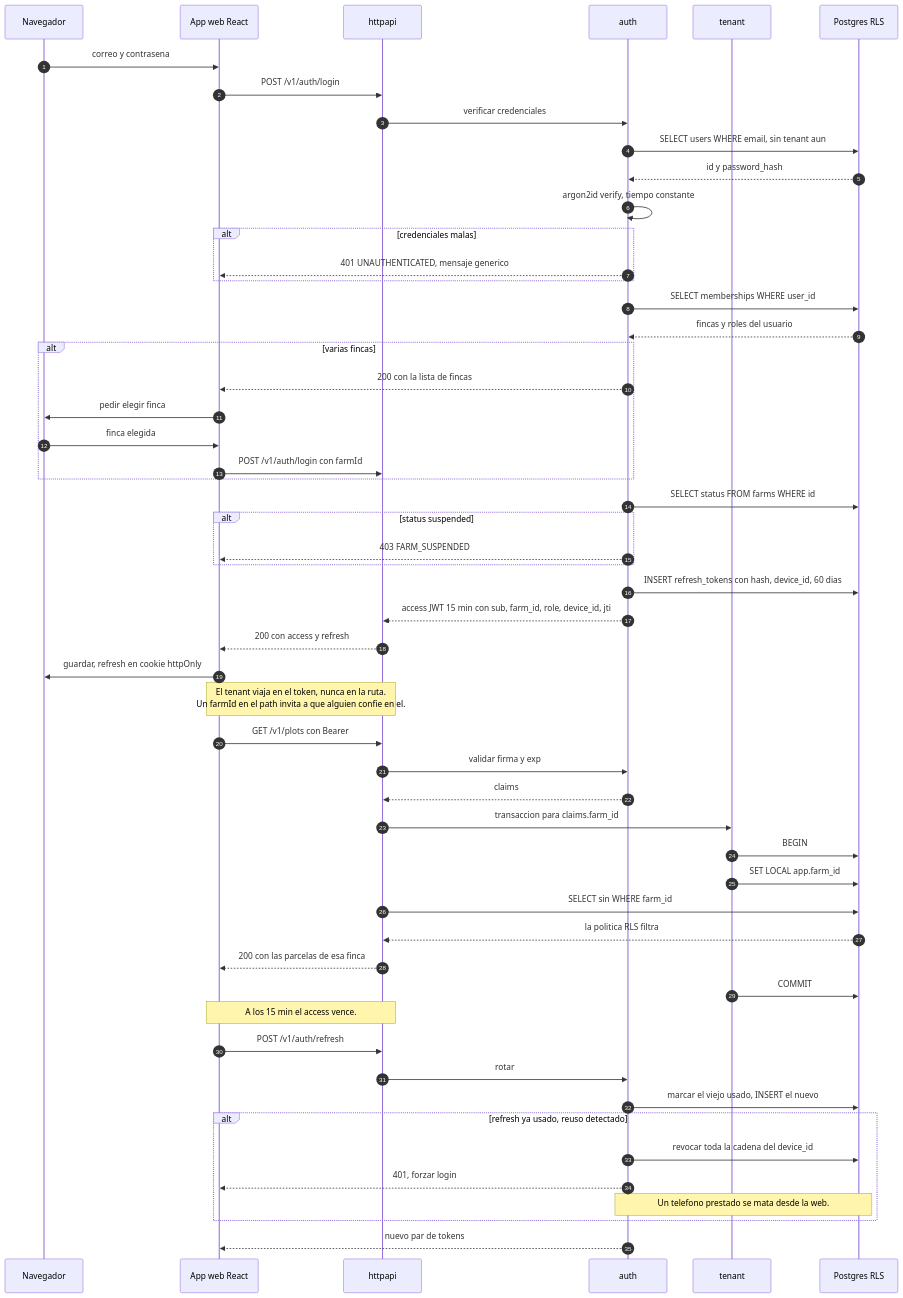
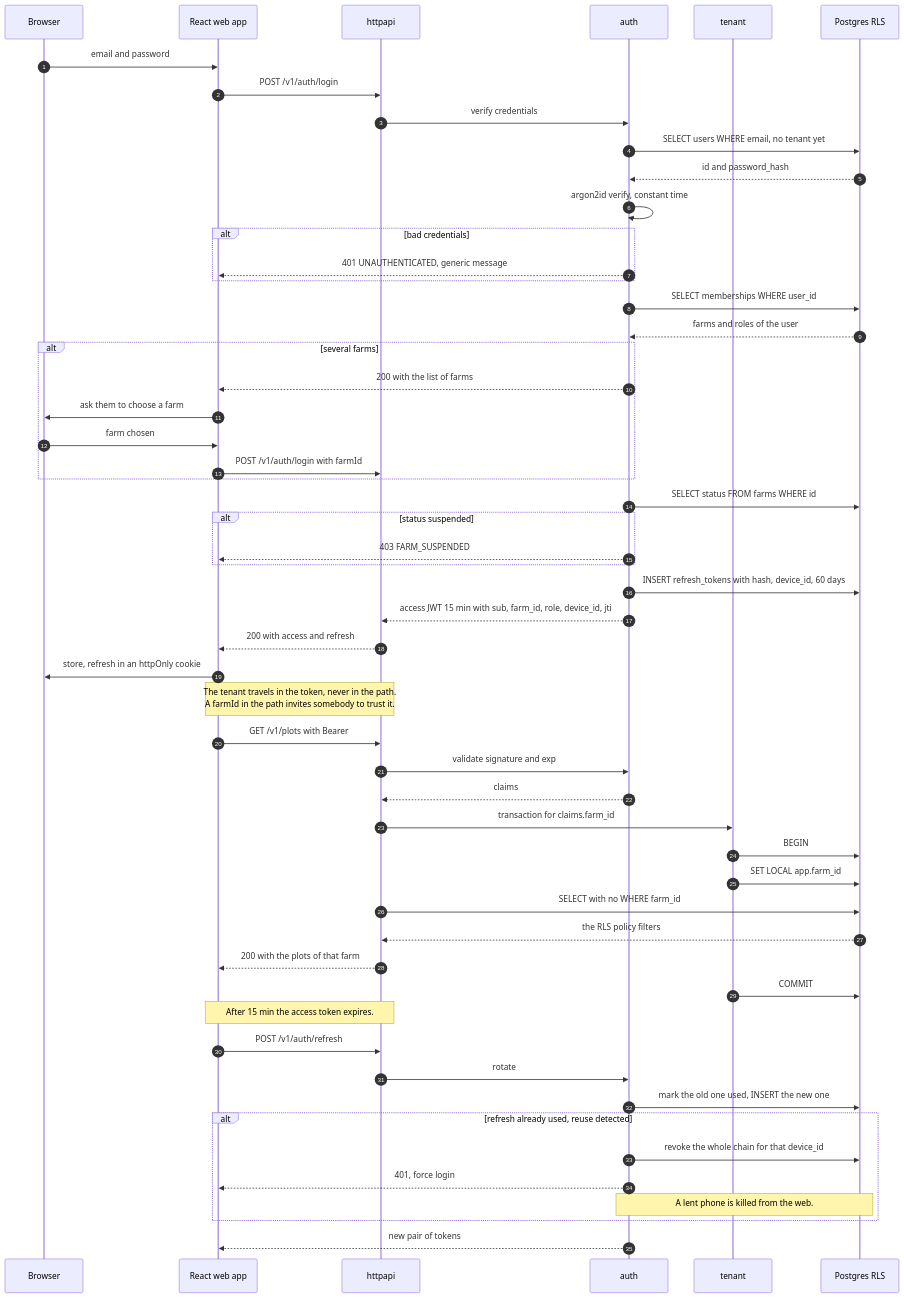
One commit to ojardila/bascula changed the fifth of 7 diagrams in docs/diagramas/web.md. Above: the diagram before and after it, drawn with Mermaid. The commit also changed other lines of this file and 25 other files, not shown here.

````diff
--- a/docs/diagramas/web.md
+++ b/docs/diagramas/web.md
@@ -346,65 +350,65 @@
 ```mermaid
 sequenceDiagram
     autonumber
-    participant B as Navegador
-    participant W as App web React
+    participant B as Browser
+    participant W as React web app
     participant API as httpapi
     participant AU as auth
     participant TN as tenant
     participant DB as Postgres RLS
 
-    B->>W: correo y contrasena
+    B->>W: email and password
     W->>API: POST /v1/auth/login
-    API->>AU: verificar credenciales
-    AU->>DB: SELECT users WHERE email, sin tenant aun
-    DB-->>AU: id y password_hash
-    AU->>AU: argon2id verify, tiempo constante
-    alt credenciales malas
-        AU-->>W: 401 UNAUTHENTICATED, mensaje generico
+    API->>AU: verify credentials
+    AU->>DB: SELECT users WHERE email, no tenant yet
+    DB-->>AU: id and password_hash
+    AU->>AU: argon2id verify, constant time
+    alt bad credentials
+        AU-->>W: 401 UNAUTHENTICATED, generic message
     end
 
     AU->>DB: SELECT memberships WHERE user_id
-    DB-->>AU: fincas y roles del usuario
+    DB-->>AU: farms and roles of the user
 
-    alt varias fincas
-        AU-->>W: 200 con la lista de fincas
-        W->>B: pedir elegir finca
-        B->>W: finca elegida
-        W->>API: POST /v1/auth/login con farmId
+    alt several farms
+        AU-->>W: 200 with the list of farms
+        W->>B: ask them to choose a farm
+        B->>W: farm chosen
+        W->>API: POST /v1/auth/login with farmId
     end
 
     AU->>DB: SELECT status FROM farms WHERE id
     alt status suspended
         AU-->>W: 403 FARM_SUSPENDED
     end
 
-    AU->>DB: INSERT refresh_tokens con hash, device_id, 60 dias
-    AU-->>API: access JWT 15 min con sub, farm_id, role, device_id, jti
-    API-->>W: 200 con access y refresh
-    W->>B: guardar, refresh en cookie httpOnly
+    AU->>DB: INSERT refresh_tokens with hash, device_id, 60 days
+    AU-->>API: access JWT 15 min with sub, farm_id, role, device_id, jti
+    API-->>W: 200 with access and refresh
+    W->>B: store, refresh in an httpOnly cookie
 
-    Note over W,API: El tenant viaja en el token, nunca en la ruta.<br/>Un farmId en el path invita a que alguien confie en el.
+    Note over W,API: The tenant travels in the token, never in the path.<br/>A farmId in the path invites somebody to trust it.
 
-    W->>API: GET /v1/plots con Bearer
-    API->>AU: validar firma y exp
+    W->>API: GET /v1/plots with Bearer
+    API->>AU: validate signature and exp
     AU-->>API: claims
-    API->>TN: transaccion para claims.farm_id
+    API->>TN: transaction for claims.farm_id
     TN->>DB: BEGIN
     TN->>DB: SET LOCAL app.farm_id
-    API->>DB: SELECT sin WHERE farm_id
-    DB-->>API: la politica RLS filtra
-    API-->>W: 200 con las parcelas de esa finca
+    API->>DB: SELECT with no WHERE farm_id
+    DB-->>API: the RLS policy filters
+    API-->>W: 200 with the plots of that farm
     TN->>DB: COMMIT
 
-    Note over W,API: A los 15 min el access vence.
+    Note over W,API: After 15 min the access token expires.
 
     W->>API: POST /v1/auth/refresh
-    API->>AU: rotar
-    AU->>DB: marcar el viejo usado, INSERT el nuevo
-    alt refresh ya usado, reuso detectado
-        AU->>DB: revocar toda la cadena del device_id
-        AU-->>W: 401, forzar login
-        Note over AU,DB: Un telefono prestado se mata desde la web.
+    API->>AU: rotate
+    AU->>DB: mark the old one used, INSERT the new one
+    alt refresh already used, reuse detected
+        AU->>DB: revoke the whole chain for that device_id
+        AU-->>W: 401, force login
+        Note over AU,DB: A lent phone is killed from the web.
     end
-    AU-->>W: nuevo par de tokens
+    AU-->>W: new pair of tokens
 ```
````
